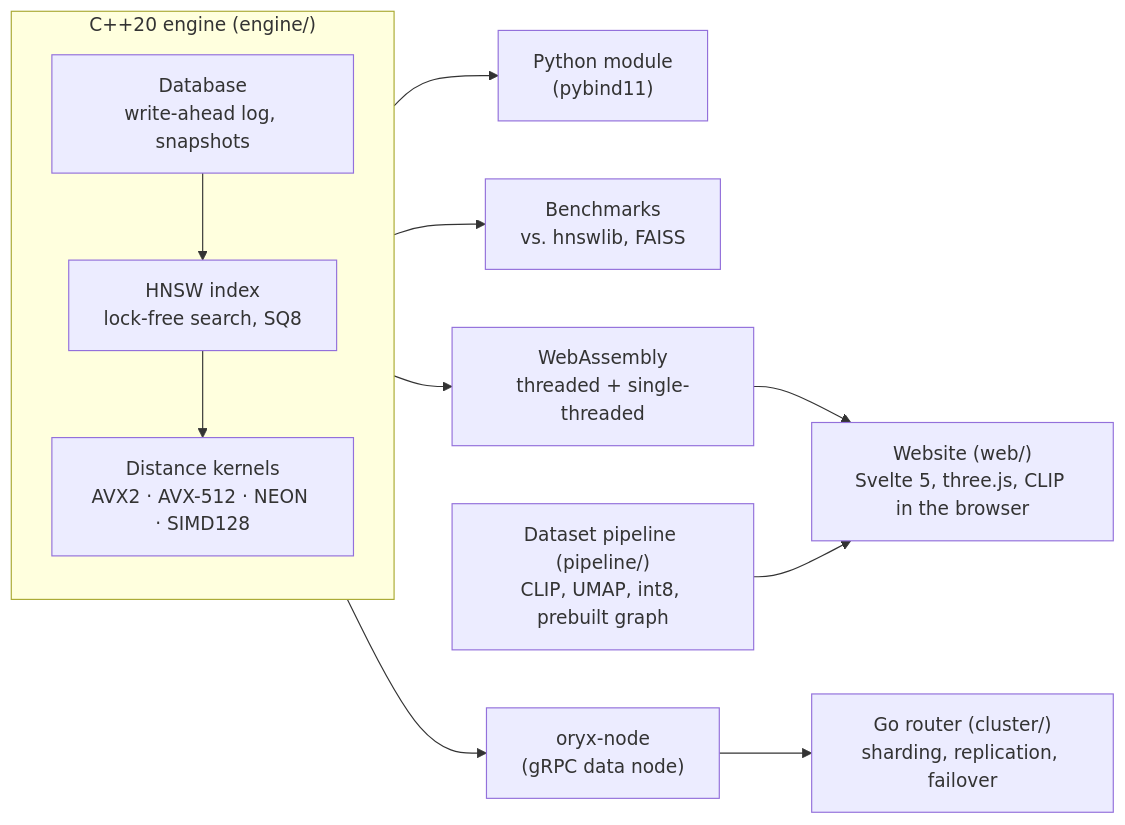
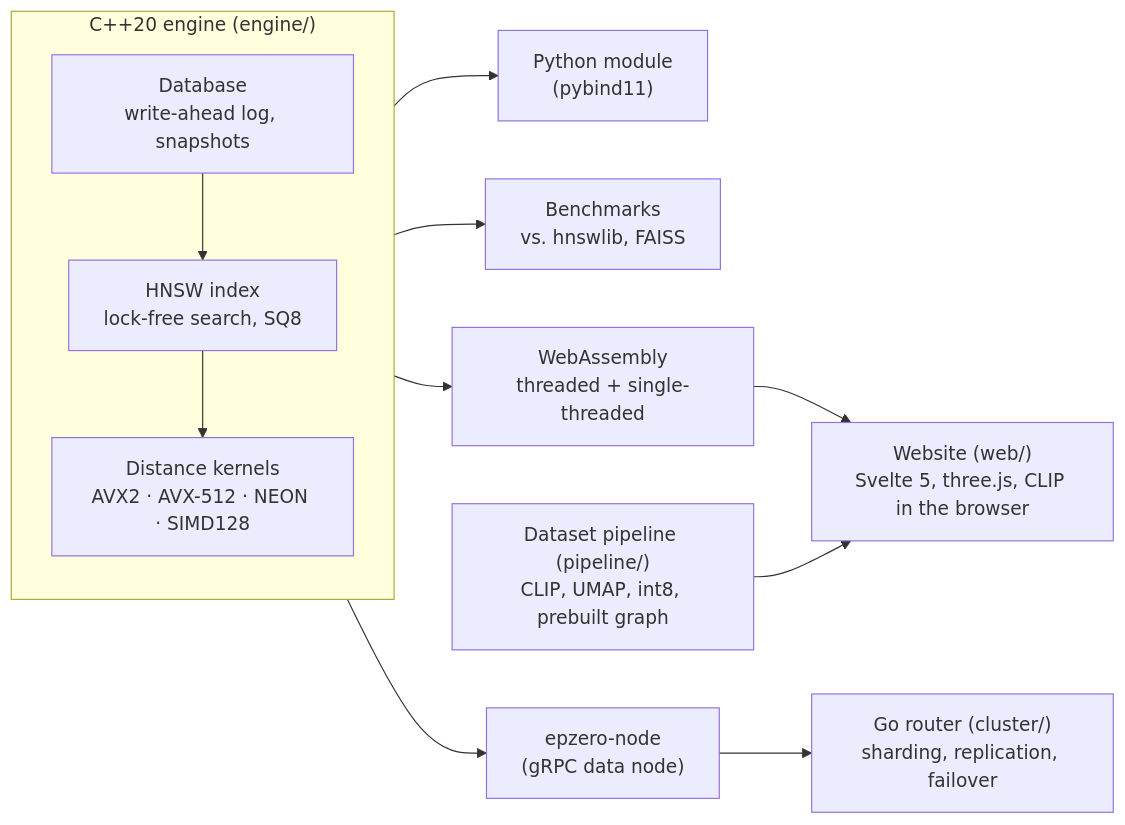
The diagram in README.md (Lazeeez/Epzero), drawn with Mermaid before and after one commit. The commit also changed other lines of this file, not shown here.

Commit message:
Rename to Epzero, explain the name, and describe the Cloudflare hosting

````diff
--- a/README.md
+++ b/README.md
@@ -149,17 +152,17 @@
 ```mermaid
 flowchart LR
   subgraph core["C++20 engine (engine/)"]
     HNSW["HNSW index<br/>lock-free search, SQ8"]
     SIMD["Distance kernels<br/>AVX2 · AVX-512 · NEON · SIMD128"]
     DB["Database<br/>write-ahead log, snapshots"]
     HNSW --> SIMD
     DB --> HNSW
   end
   core --> PY["Python module<br/>(pybind11)"]
   core --> BENCH["Benchmarks<br/>vs. hnswlib, FAISS"]
   core --> WASM["WebAssembly<br/>threaded + single-threaded"]
-  core --> NODE["oryx-node<br/>(gRPC data node)"]
+  core --> NODE["epzero-node<br/>(gRPC data node)"]
   WASM --> SITE["Website (web/)<br/>Svelte 5, three.js, CLIP in the browser"]
   NODE --> ROUTER["Go router (cluster/)<br/>sharding, replication, failover"]
   PIPE["Dataset pipeline (pipeline/)<br/>CLIP, UMAP, int8, prebuilt graph"] --> SITE
 ```
````
